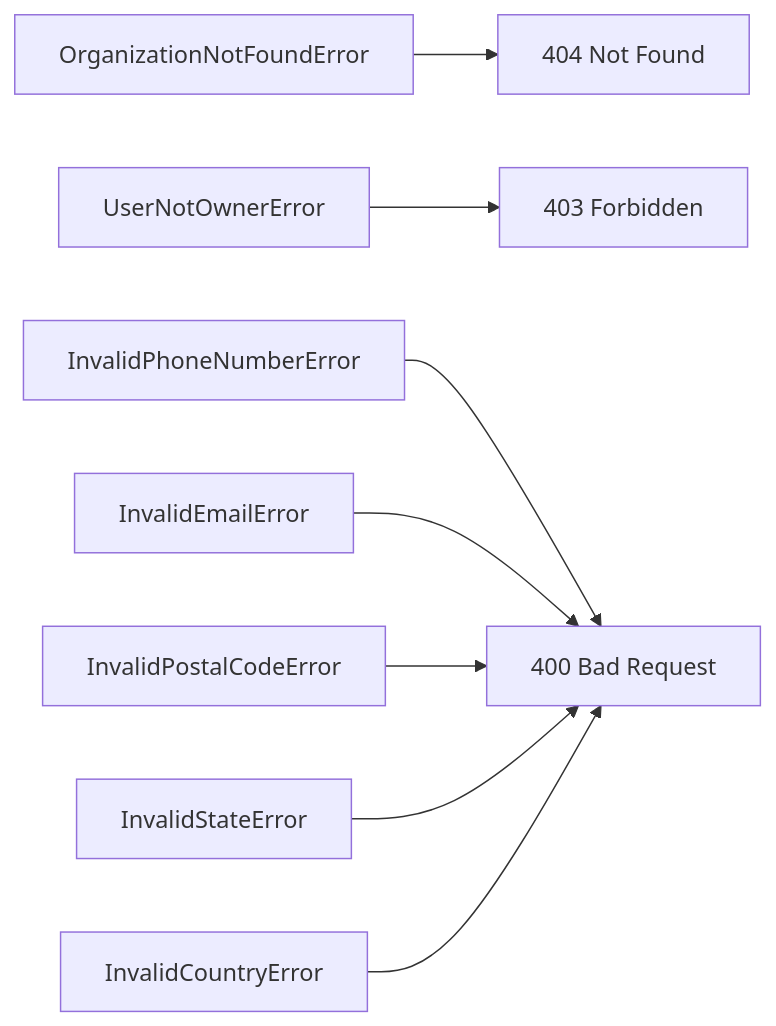
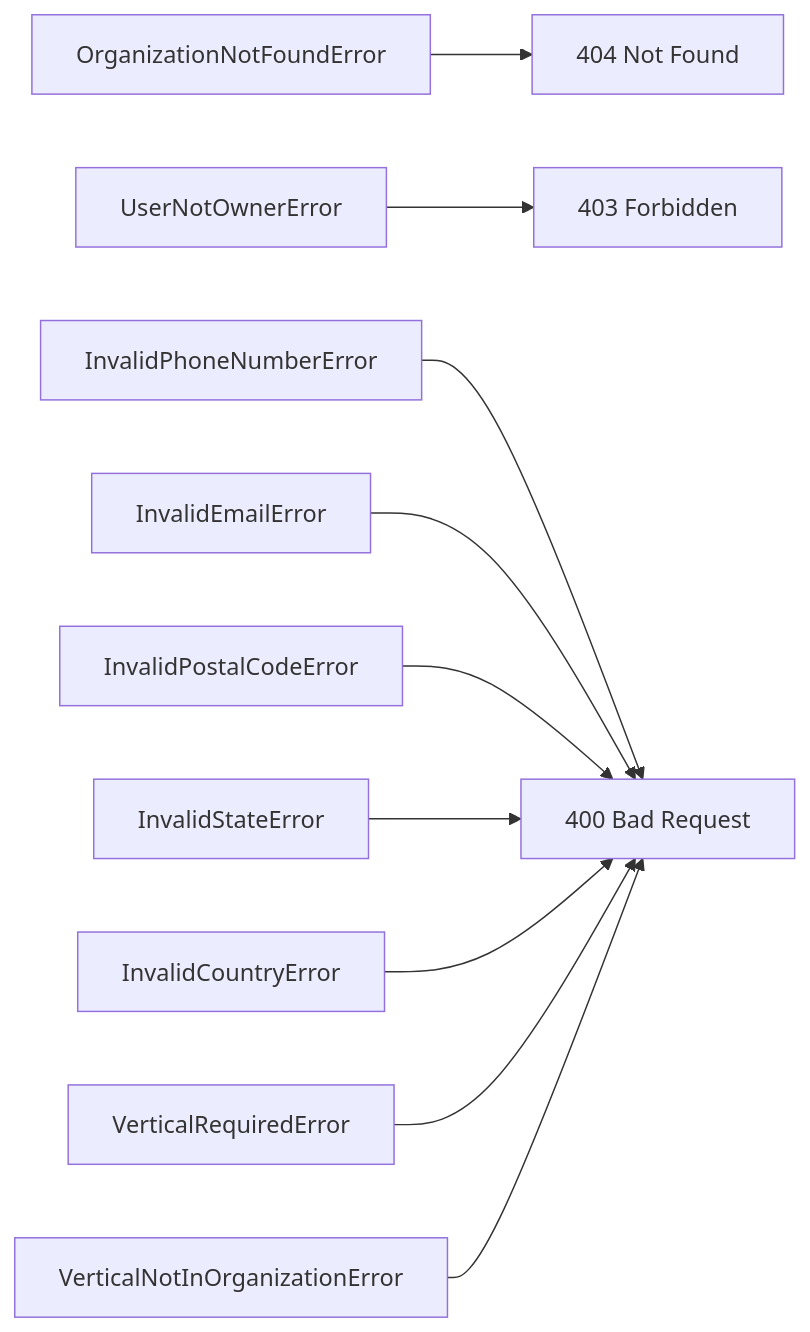
One commit to CSousa-Dev/smart-delivery changed the sixth of 6 diagrams in specs/modules/organization/03-create-business-unit/design.md. Above: the diagram before and after it, drawn with Mermaid. The commit also changed other lines of this file and 107 other files, not shown here.

Commit message:
feat(organization): vertical links and endpoints

````diff
--- a/specs/modules/organization/03-create-business-unit/design.md
+++ b/specs/modules/organization/03-create-business-unit/design.md
@@ -361,10 +504,12 @@
 ```mermaid
 flowchart LR
     ORG404[OrganizationNotFoundError] --> H404[404 Not Found]
     OWNER403[UserNotOwnerError] --> H403[403 Forbidden]
     PHONE400[InvalidPhoneNumberError] --> H400[400 Bad Request]
     EMAIL400[InvalidEmailError] --> H400
     CEP400[InvalidPostalCodeError] --> H400
     UF400[InvalidStateError] --> H400
     COUNTRY400[InvalidCountryError] --> H400
+    VREQ400[VerticalRequiredError] --> H400
+    VORG400[VerticalNotInOrganizationError] --> H400
 ```
````
